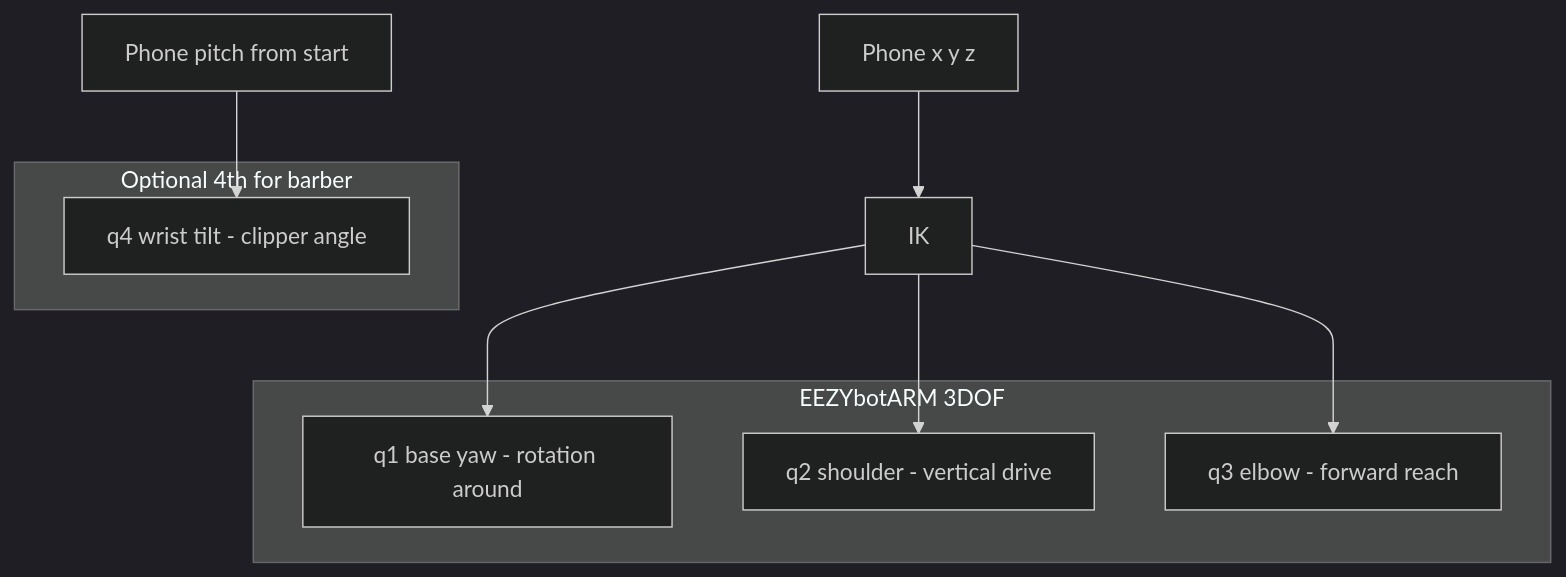
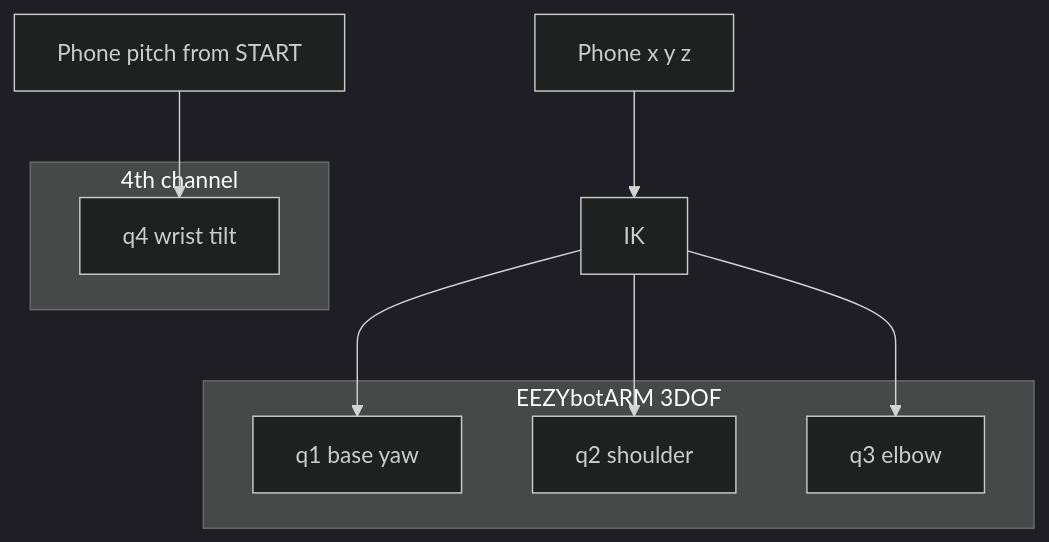
One commit to saswath-06/fade_ninja changed the first of 2 diagrams in PHONE_POSE_TDD.md. Above: the diagram before and after it, drawn with Mermaid (dark theme). The commit also changed other lines of this file and 2 other files, not shown here.

First line of the commit message:
Revise phone-pose TDD plan against the live pendant stack.

````diff
--- a/PHONE_POSE_TDD.md
+++ b/PHONE_POSE_TDD.md
@@ -11,16 +27,16 @@
 ```mermaid
 flowchart TB
   subgraph eezy [EEZYbotARM 3DOF]
-    q1[q1 base yaw - rotation around]
-    q2[q2 shoulder - vertical drive]
-    q3[q3 elbow - forward reach]
+    q1[q1 base yaw]
+    q2[q2 shoulder]
+    q3[q3 elbow]
   end
-  subgraph wrist [Optional 4th for barber]
-    q4[q4 wrist tilt - clipper angle]
+  subgraph wrist [4th channel]
+    q4[q4 wrist tilt]
   end
   phoneXYZ[Phone x y z] --> IK
   IK --> q1
   IK --> q2
   IK --> q3
-  phoneTilt[Phone pitch from start] --> q4
+  phoneTilt[Phone pitch from START] --> q4
 ```
````
